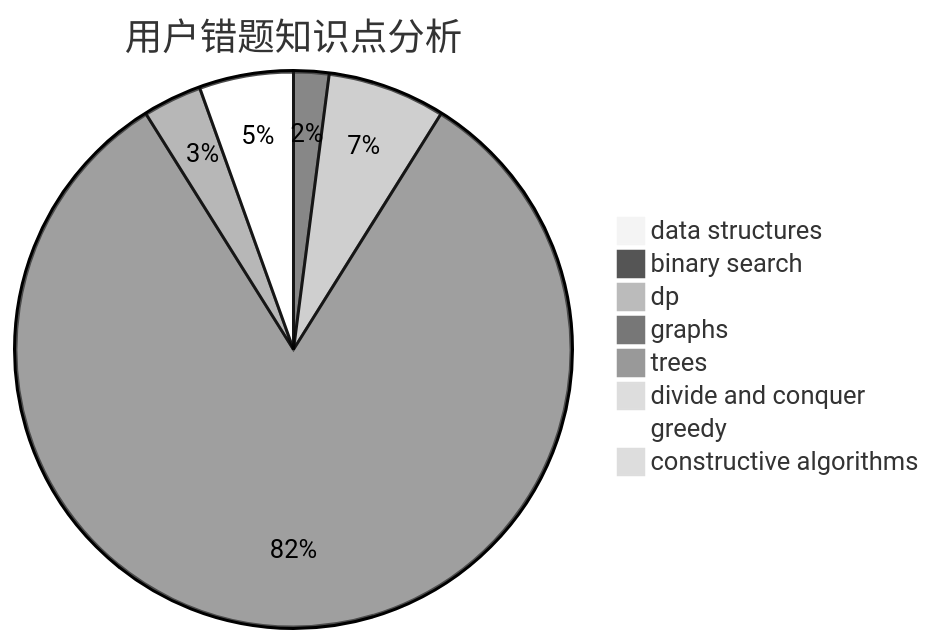
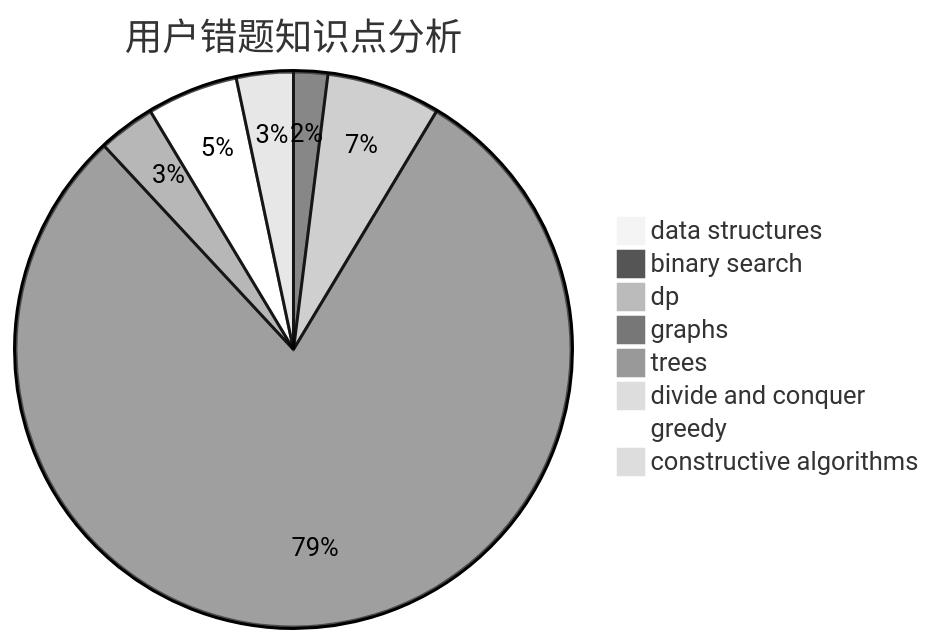
Before and after one commit to sherpahu/cfrs.github.io: the third of 3 diagrams in docs/user/u2671.md, drawn with Mermaid (neutral theme). The commit also changed other lines of this file and 2770 other files, not shown here.

````diff
--- a/docs/user/u2671.md
+++ b/docs/user/u2671.md
@@ -36,11 +36,11 @@
 ```mermaid
 pie title 用户错题知识点分析
     "data structures" :  0
     "binary search" :  3
     "dp" :  10
     "graphs" :  120
     "trees" :  5
     "divide and conquer" :  0
     "greedy" :  8
-    "constructive algorithms" :  1
+    "constructive algorithms" :  5
 ```
````
